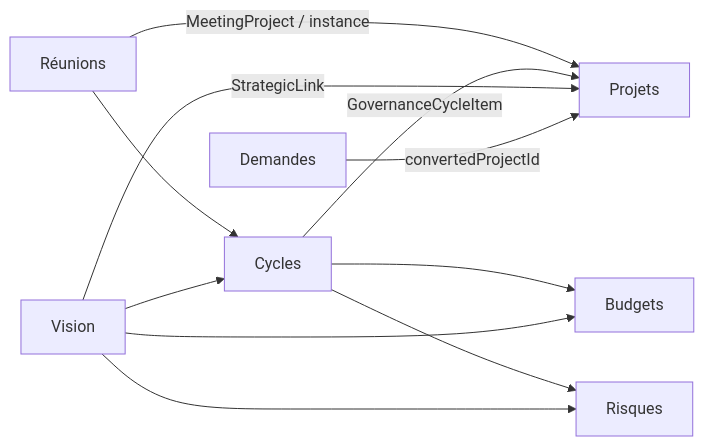
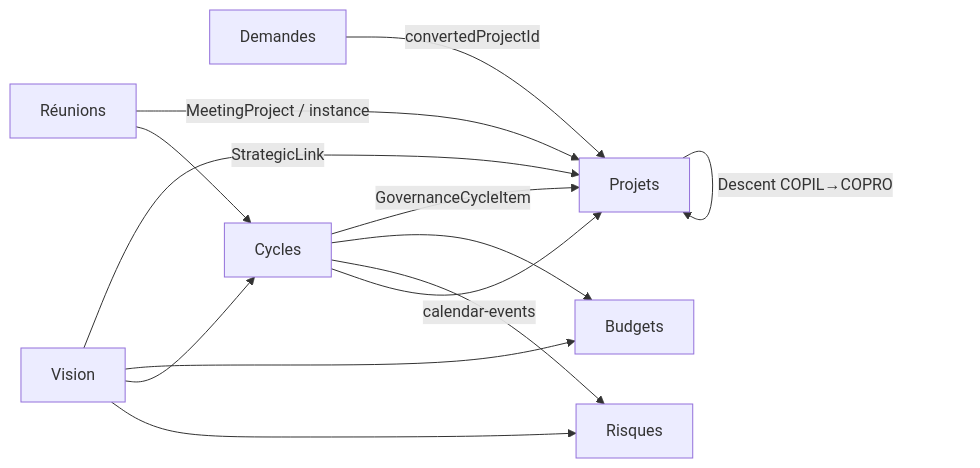
The fourth of 4 diagrams in docs/LIAISONS-MODULES.md (StephaneAtlani/starium-Orchestra), drawn with Mermaid before and after one commit. The commit also changed other lines of this file and 48 other files, not shown here.

````diff
--- a/docs/LIAISONS-MODULES.md
+++ b/docs/LIAISONS-MODULES.md
@@ -110,13 +110,16 @@
 ```mermaid
 flowchart LR
   IN[Demandes] -->|convertedProjectId| PROJ[Projets]
   VIS[Vision] -->|StrategicLink| PROJ
   VIS --> BUD[Budgets]
   VIS --> CYC[Cycles]
   VIS --> RISK[Risques]
   CYC -->|GovernanceCycleItem| PROJ
   CYC --> BUD
   CYC --> RISK
+  CYC -->|calendar-events| PROJ
   MEET[Réunions] -->|MeetingProject / instance| PROJ
   MEET --> CYC
+  PROJ -->|Escalation COPRO→COPIL| PROJ
+  PROJ -->|Descent COPIL→COPRO| PROJ
 ```
````
